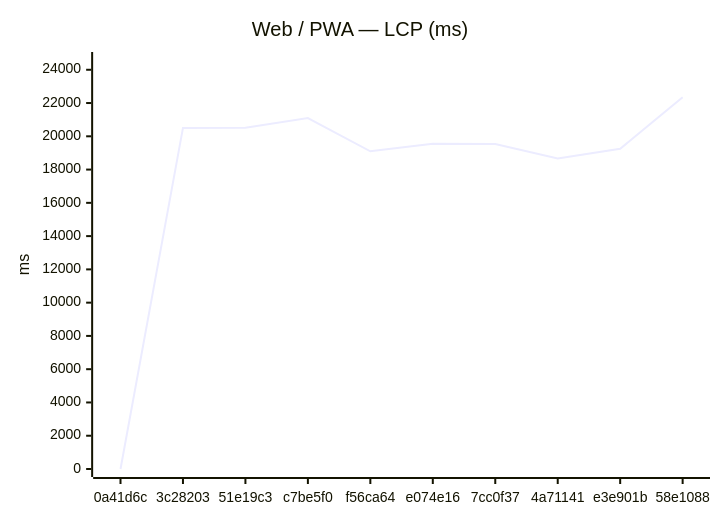
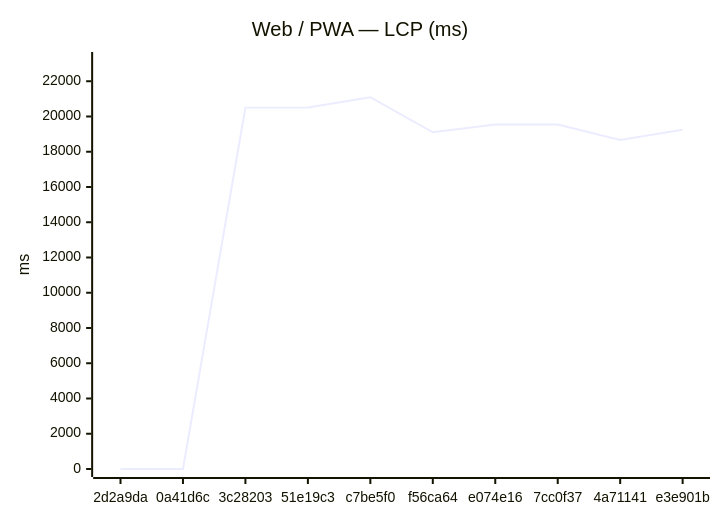
One commit to Metaheurist/Rianell changed the first of 18 diagrams in benchmarks/compare.md. Above: the diagram before and after it, drawn with Mermaid. The commit also changed other lines of this file and 11 other files, not shown here.

````diff
--- a/benchmarks/compare.md
+++ b/benchmarks/compare.md
@@ -24,7 +24,7 @@
 ```mermaid
 xychart-beta
     title "Web / PWA — LCP (ms)"
-    x-axis ["0a41d6c", "3c28203", "51e19c3", "c7be5f0", "f56ca64", "e074e16", "7cc0f37", "4a71141", "e3e901b", "58e1088"]
-    y-axis "ms" 0 --> 24587
-    line [0, 20503, 20509, 21095, 19101, 19549, 19542, 18663, 19248, 22351]
+    x-axis ["2d2a9da", "0a41d6c", "3c28203", "51e19c3", "c7be5f0", "f56ca64", "e074e16", "7cc0f37", "4a71141", "e3e901b"]
+    y-axis "ms" 0 --> 23205
+    line [0, 0, 20503, 20509, 21095, 19101, 19549, 19542, 18663, 19248]
 ```
````
